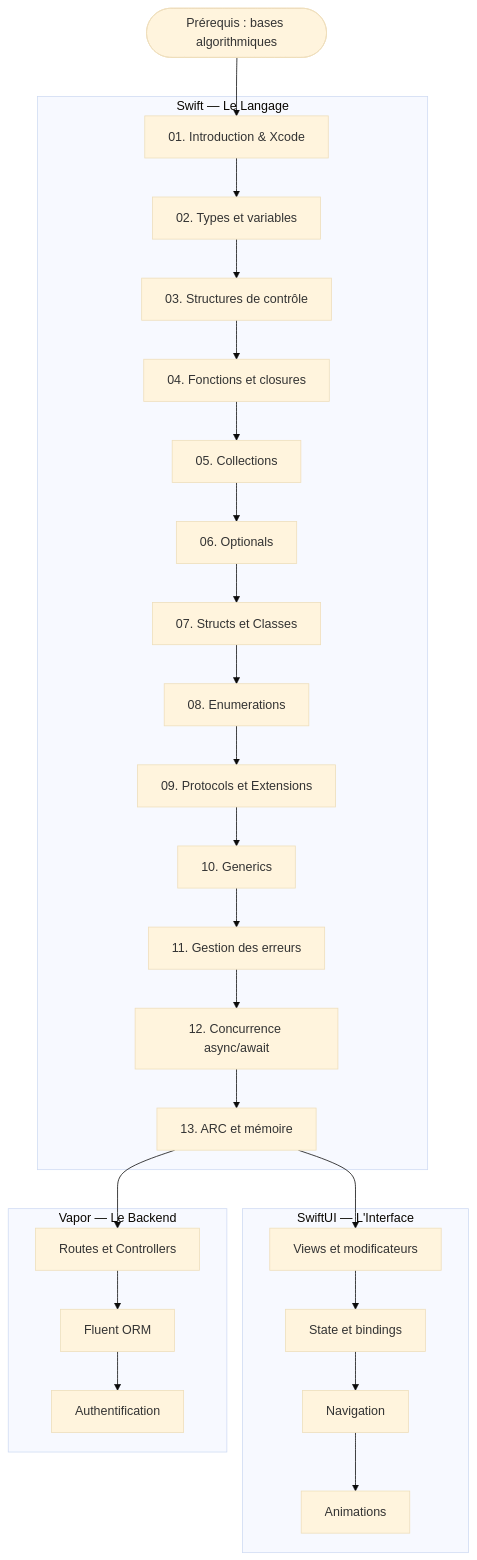
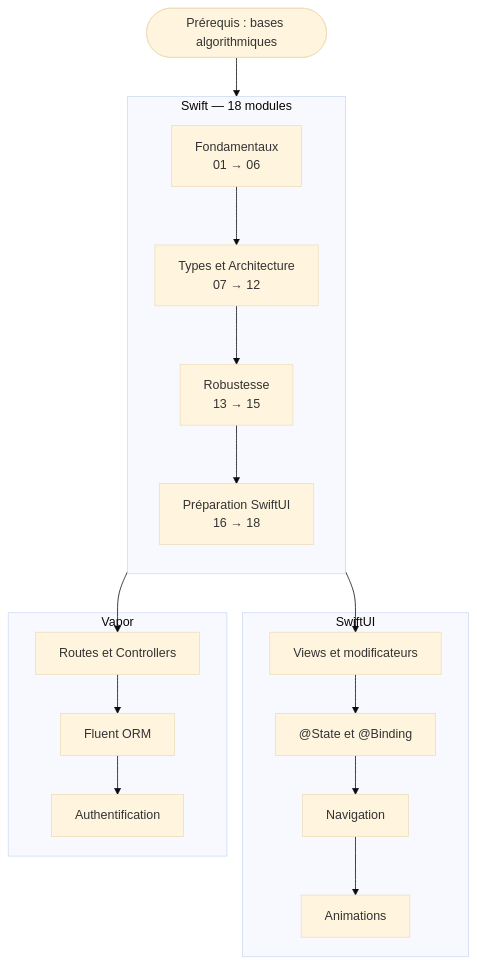
Before and after one commit to zyrass/omnydocs: the diagram in docs/dev-cloud/mobile/index.md, drawn with Mermaid (base theme). The commit also changed other lines of this file and 718 other files, not shown here.

````diff
--- a/docs/dev-cloud/mobile/index.md
+++ b/docs/dev-cloud/mobile/index.md
@@ -69,38 +69,30 @@
 ```mermaid
 flowchart TB
     Start([Prérequis : bases algorithmiques])
 
-    subgraph Swift["Swift — Le Langage"]
-        S01["01. Introduction & Xcode"]
-        S02["02. Types et variables"]
-        S03["03. Structures de contrôle"]
-        S04["04. Fonctions et closures"]
-        S05["05. Collections"]
-        S06["06. Optionals"]
-        S07["07. Structs et Classes"]
-        S08["08. Enumerations"]
-        S09["09. Protocols et Extensions"]
-        S10["10. Generics"]
-        S11["11. Gestion des erreurs"]
-        S12["12. Concurrence async/await"]
-        S13["13. ARC et mémoire"]
+    subgraph Swift["Swift — 18 modules"]
+        direction TB
+        F["Fondamentaux\n01 → 06"]
+        A["Types et Architecture\n07 → 12"]
+        R["Robustesse\n13 → 15"]
+        P["Préparation SwiftUI\n16 → 18"]
+        F --> A --> R --> P
     end
 
-    subgraph SwiftUI["SwiftUI — L'Interface"]
+    subgraph SwiftUI["SwiftUI"]
         UI01["Views et modificateurs"]
-        UI02["State et bindings"]
+        UI02["@State et @Binding"]
         UI03["Navigation"]
         UI04["Animations"]
     end
 
-    subgraph Vapor["Vapor — Le Backend"]
+    subgraph Vapor["Vapor"]
         V01["Routes et Controllers"]
         V02["Fluent ORM"]
         V03["Authentification"]
     end
 
-    Start --> S01 --> S02 --> S03 --> S04 --> S05 --> S06
-    S06 --> S07 --> S08 --> S09 --> S10 --> S11 --> S12 --> S13
-    S13 --> UI01 --> UI02 --> UI03 --> UI04
-    S13 --> V01 --> V02 --> V03
+    Start --> F
+    P --> UI01 --> UI02 --> UI03 --> UI04
+    P --> V01 --> V02 --> V03
 ```
````
